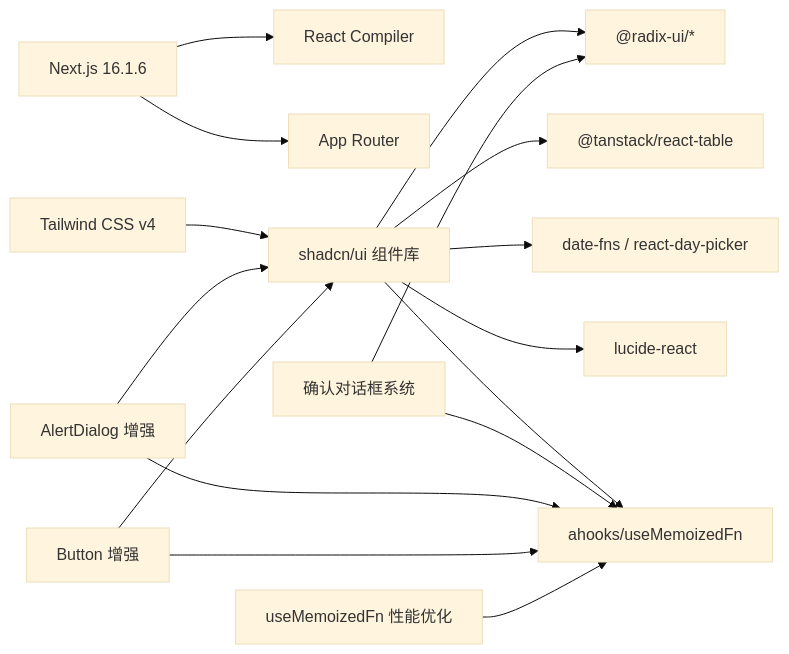
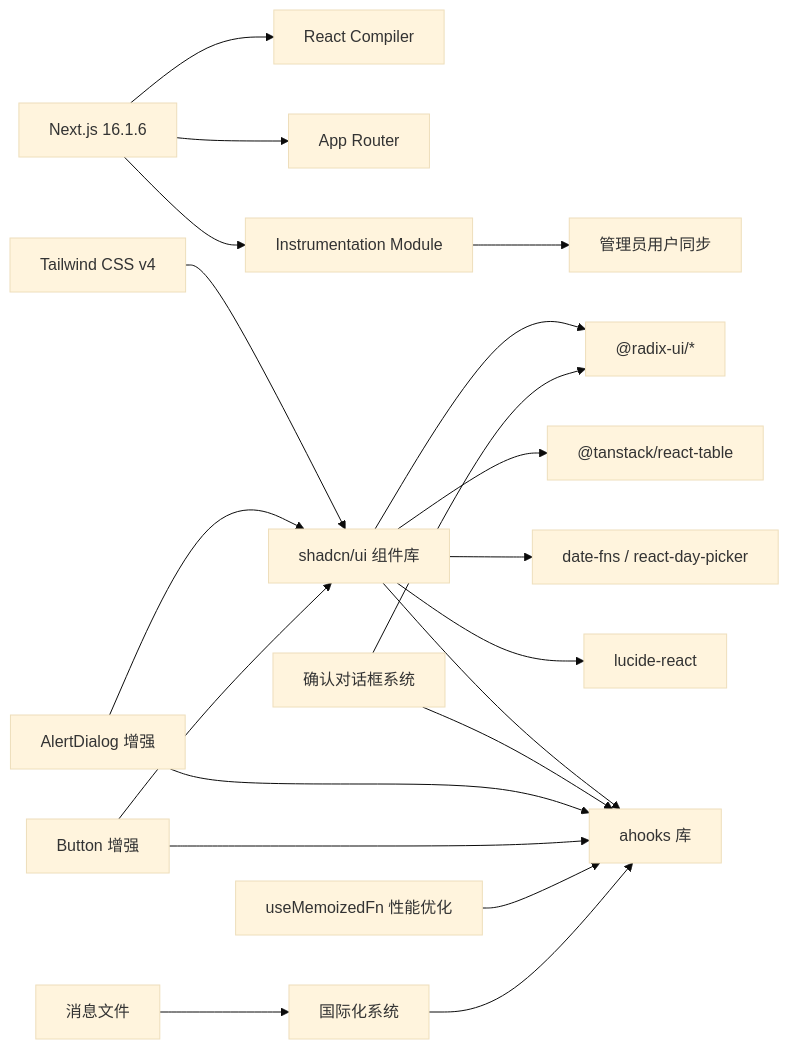
One commit to RadiumAg/AIGate changed the eighth of 8 diagrams in .qoder/repowiki/zh/content/前端组件/前端组件.md. Above: the diagram before and after it, drawn with Mermaid (base theme). The commit also changed other lines of this file and 4 other files, not shown here.

````diff
--- a/.qoder/repowiki/zh/content/前端组件/前端组件.md
+++ b/.qoder/repowiki/zh/content/前端组件/前端组件.md
@@ -516,18 +672,22 @@
 ```mermaid
 graph LR
 N["Next.js 16.1.6"] --> R["React Compiler"]
 N --> APP["App Router"]
+N --> INST["Instrumentation Module"]
 TW["Tailwind CSS v4"] --> UI["shadcn/ui 组件库"]
 UI --> RADIX["@radix-ui/*"]
 UI --> TABLE["@tanstack/react-table"]
 UI --> DATE["date-fns / react-day-picker"]
 UI --> ICON["lucide-react"]
-UI --> AH["ahooks/useMemoizedFn"]
+UI --> AH["ahooks 库"]
 CONF["确认对话框系统"] --> RADIX
 CONF --> AH
 ALERT["AlertDialog 增强"] --> UI
 ALERT --> AH
 BUTTON["Button 增强"] --> UI
 BUTTON --> AH
 UMF["useMemoizedFn 性能优化"] --> AH
+I18N["国际化系统"] --> AH
+INST --> INIT["管理员用户同步"]
+MSG["消息文件"] --> I18N
 ```
````
